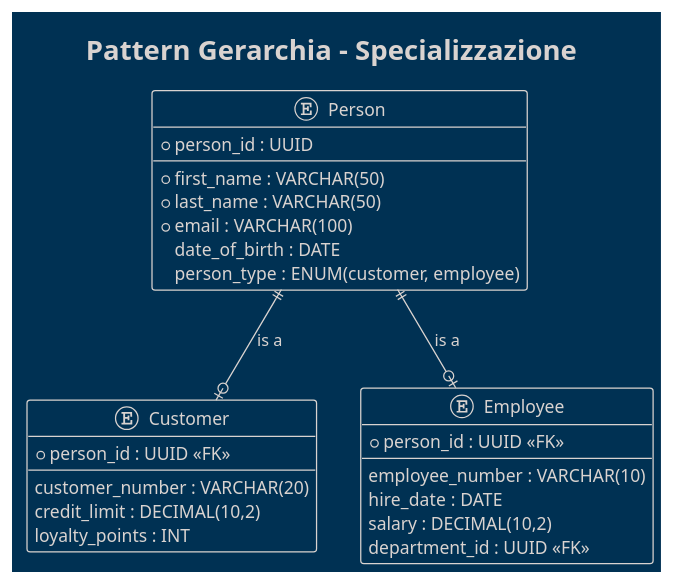
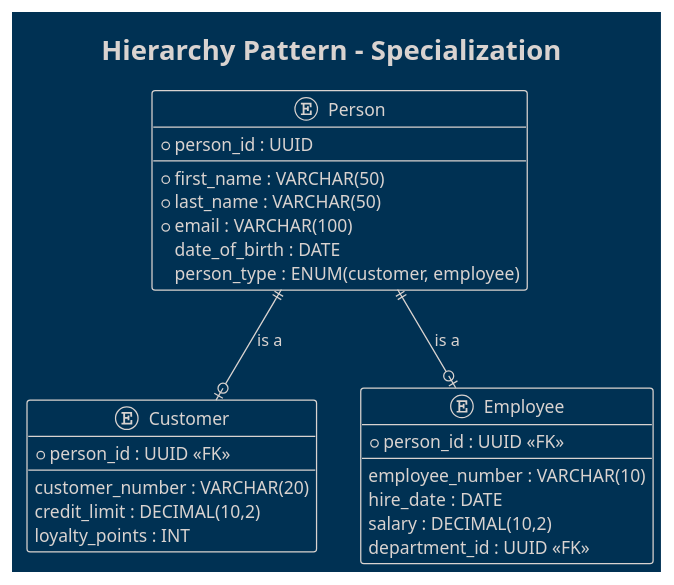
Before and after one commit to Seniorsimo/sas-template: diagram 11 of 26 in 05-database-design/er-diagram/README.md, drawn with PlantUML. The commit also changed other lines of this file and 49 other files, not shown here.

````diff
--- a/05-database-design/er-diagram/README.md
+++ b/05-database-design/er-diagram/README.md
@@ -169,36 +169,36 @@
 ```plantuml
 @startuml
 !theme blueprint
-title Pattern Gerarchia - Specializzazione
+title Hierarchy Pattern - Specialization
 
 entity Person {
   * person_id : UUID
   --
   * first_name : VARCHAR(50)
   * last_name : VARCHAR(50)
   * email : VARCHAR(100)
   date_of_birth : DATE
   person_type : ENUM(customer, employee)
 }
 
 entity Customer {
   * person_id : UUID <<FK>>
   --
   customer_number : VARCHAR(20)
   credit_limit : DECIMAL(10,2)
   loyalty_points : INT
 }
 
 entity Employee {
   * person_id : UUID <<FK>>
   --
   employee_number : VARCHAR(10)
   hire_date : DATE
   salary : DECIMAL(10,2)
   department_id : UUID <<FK>>
 }
 
 Person ||--o| Customer : "is a"
 Person ||--o| Employee : "is a"
 @enduml
 ```
````
